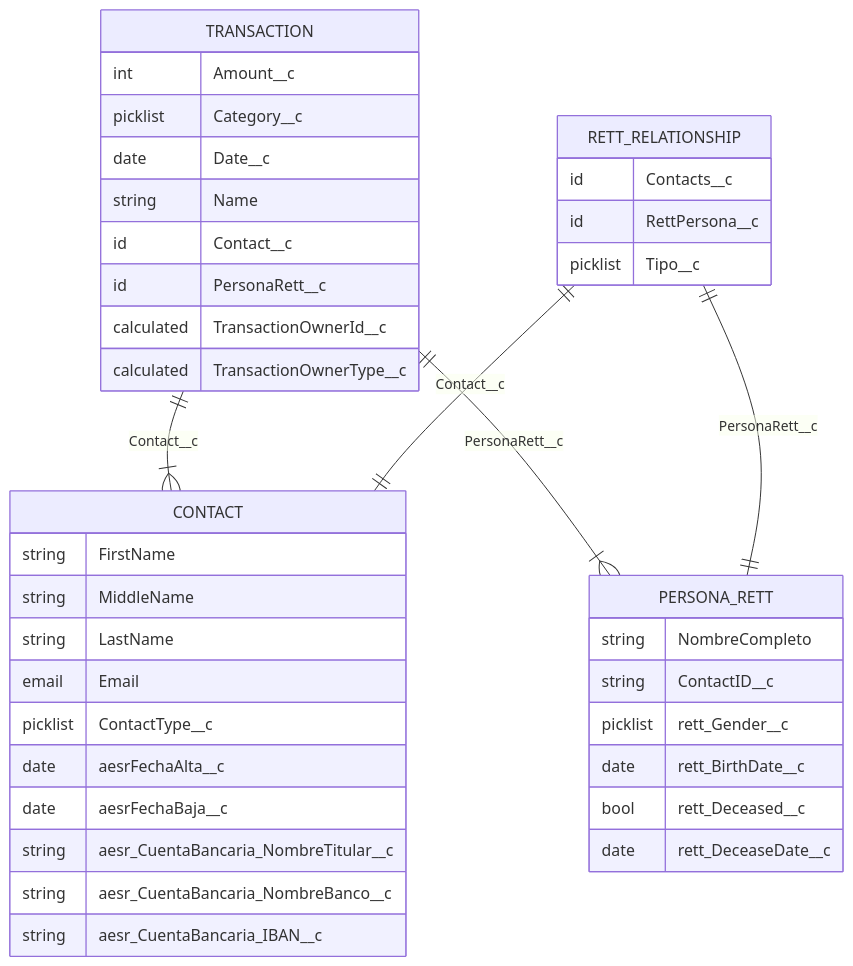
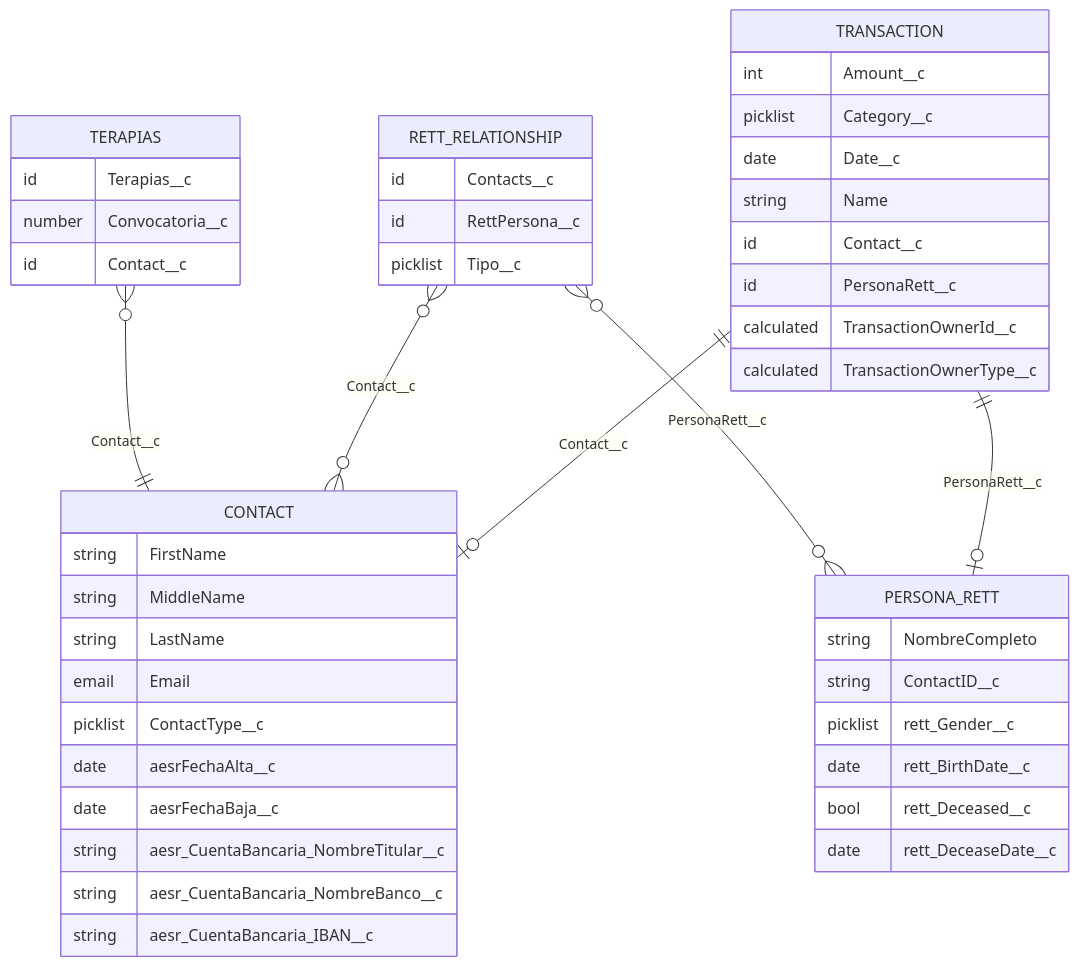
One commit to rett-spain/ngo-finance changed the diagram in docs/dbmodel.md. Above: the diagram before and after it, drawn with Mermaid.

Commit message:
Update DB model

````diff
--- a/docs/dbmodel.md
+++ b/docs/dbmodel.md
@@ -1,42 +1,53 @@
 ```mermaid
 erDiagram
-    TRANSACTION ||--|{ CONTACT : Contact__c
-    TRANSACTION ||--|{ PERSONA_RETT : PersonaRett__c
-    RETT_RELATIONSHIP ||--|| CONTACT : Contact__c
-    RETT_RELATIONSHIP ||--|| PERSONA_RETT : PersonaRett__c
+    TRANSACTION ||--o| CONTACT : Contact__c
+    TRANSACTION ||--o| PERSONA_RETT : PersonaRett__c
+    RETT_RELATIONSHIP }o--o{ CONTACT : Contact__c
+    RETT_RELATIONSHIP }o--o{ PERSONA_RETT : PersonaRett__c
+    TERAPIAS }o--|| CONTACT : Contact__c
+
     TRANSACTION {
         int Amount__c
         picklist Category__c
         date Date__c
         string Name
         id Contact__c
         id PersonaRett__c
         calculated TransactionOwnerId__c
         calculated TransactionOwnerType__c
     }
+
     CONTACT {
         string FirstName
         string MiddleName
         string LastName
         email Email
         picklist ContactType__c
         date aesrFechaAlta__c
         date aesrFechaBaja__c
         string aesr_CuentaBancaria_NombreTitular__c
         string aesr_CuentaBancaria_NombreBanco__c
         string aesr_CuentaBancaria_IBAN__c
     }
+
     PERSONA_RETT {
         string NombreCompleto
         string ContactID__c
         picklist rett_Gender__c
         date rett_BirthDate__c
         bool rett_Deceased__c
         date rett_DeceaseDate__c
     }
+
     RETT_RELATIONSHIP {
         id Contacts__c
         id RettPersona__c
         picklist Tipo__c
     }
+
+    TERAPIAS {
+        id Terapias__c
+        number Convocatoria__c
+        id Contact__c
+    }
 ```
````
